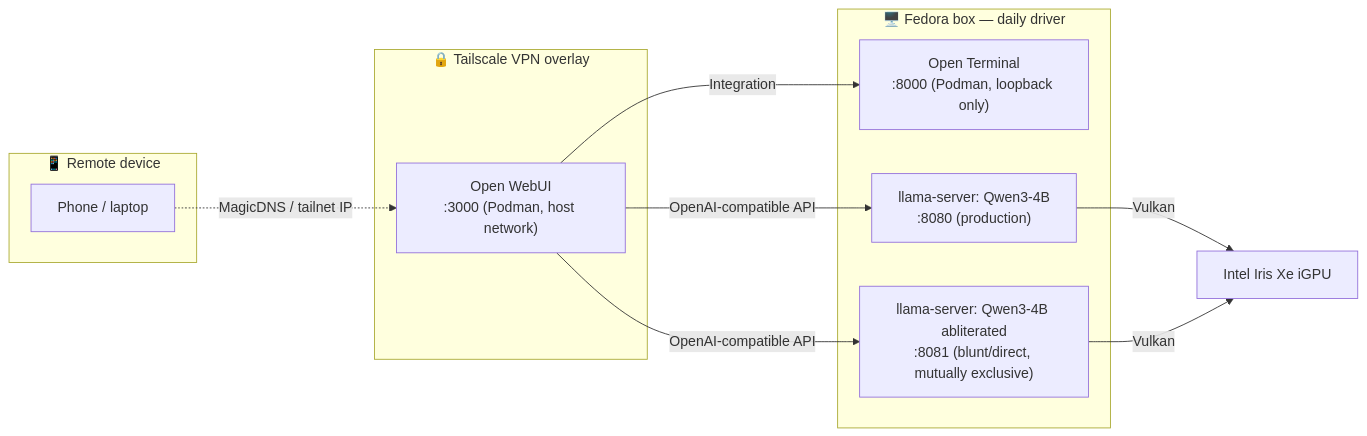
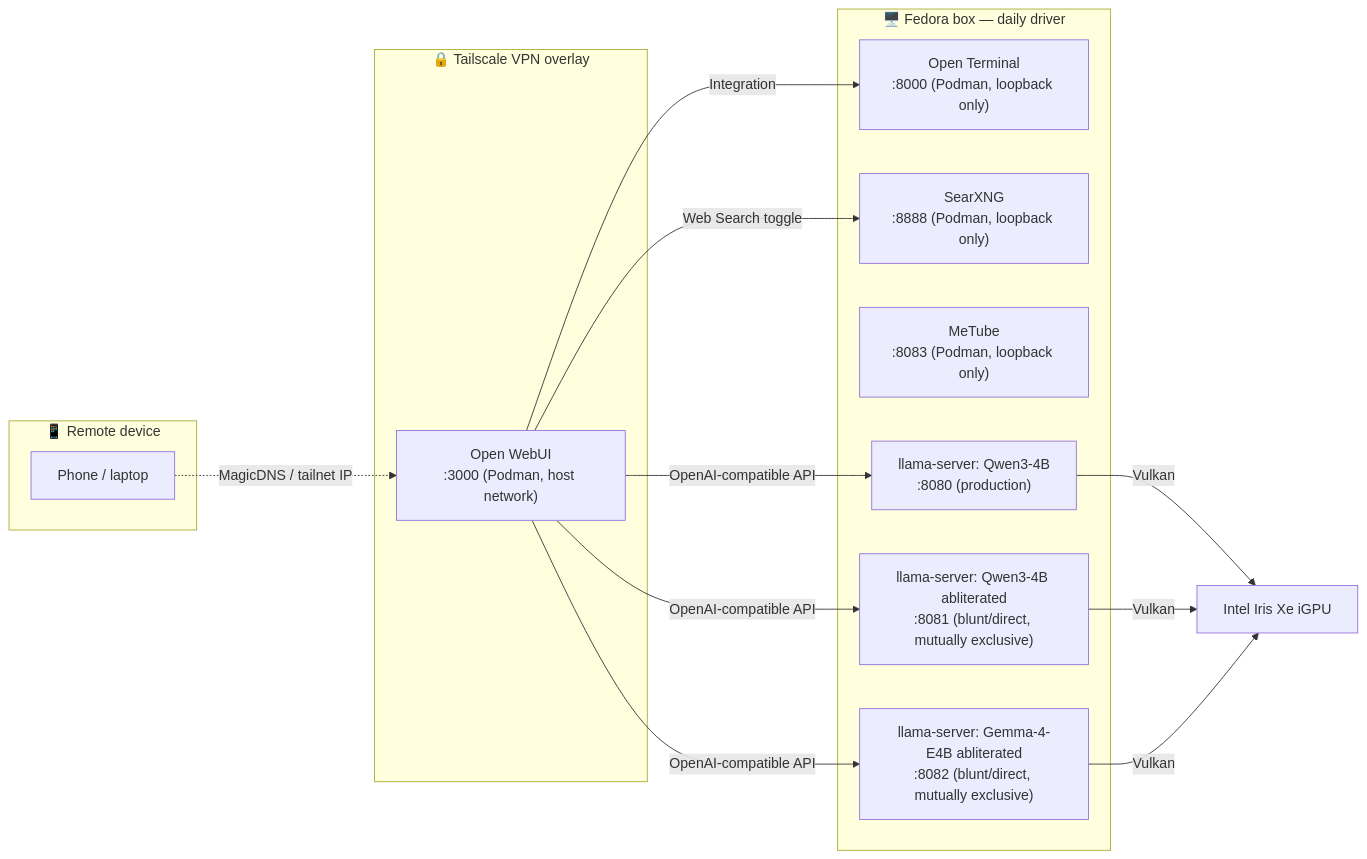
Before and after one commit to onkarbadve/LocalAI: the diagram in docs/architecture.md, drawn with Mermaid. The commit also changed other lines of this file and 4 other files, not shown here.

First line of the commit message:
Fix stale two-model assumptions in SECURITY.md, architecture.md, SETUP.md

````diff
--- a/docs/architecture.md
+++ b/docs/architecture.md
@@ -5,24 +5,30 @@
 ```mermaid
 flowchart LR
     subgraph Remote["📱 Remote device"]
         Phone[Phone / laptop]
     end
 
     subgraph Tailnet["🔒 Tailscale VPN overlay"]
         Phone -.->|MagicDNS / tailnet IP| WebUI
     end
 
     subgraph Fedora["🖥️ Fedora box — daily driver"]
         WebUI["Open WebUI<br/>:3000 (Podman, host network)"]
         Term["Open Terminal<br/>:8000 (Podman, loopback only)"]
+        Search["SearXNG<br/>:8888 (Podman, loopback only)"]
+        MeTube["MeTube<br/>:8083 (Podman, loopback only)"]
         Qwen["llama-server: Qwen3-4B<br/>:8080 (production)"]
         QwenU["llama-server: Qwen3-4B abliterated<br/>:8081 (blunt/direct, mutually exclusive)"]
+        GemmaU["llama-server: Gemma-4-E4B abliterated<br/>:8082 (blunt/direct, mutually exclusive)"]
 
         WebUI -->|OpenAI-compatible API| Qwen
         WebUI -->|OpenAI-compatible API| QwenU
+        WebUI -->|OpenAI-compatible API| GemmaU
         WebUI -->|Integration| Term
+        WebUI -->|Web Search toggle| Search
     end
 
     Qwen -->|Vulkan| GPU["Intel Iris Xe iGPU"]
     QwenU -->|Vulkan| GPU
+    GemmaU -->|Vulkan| GPU
 ```
````
